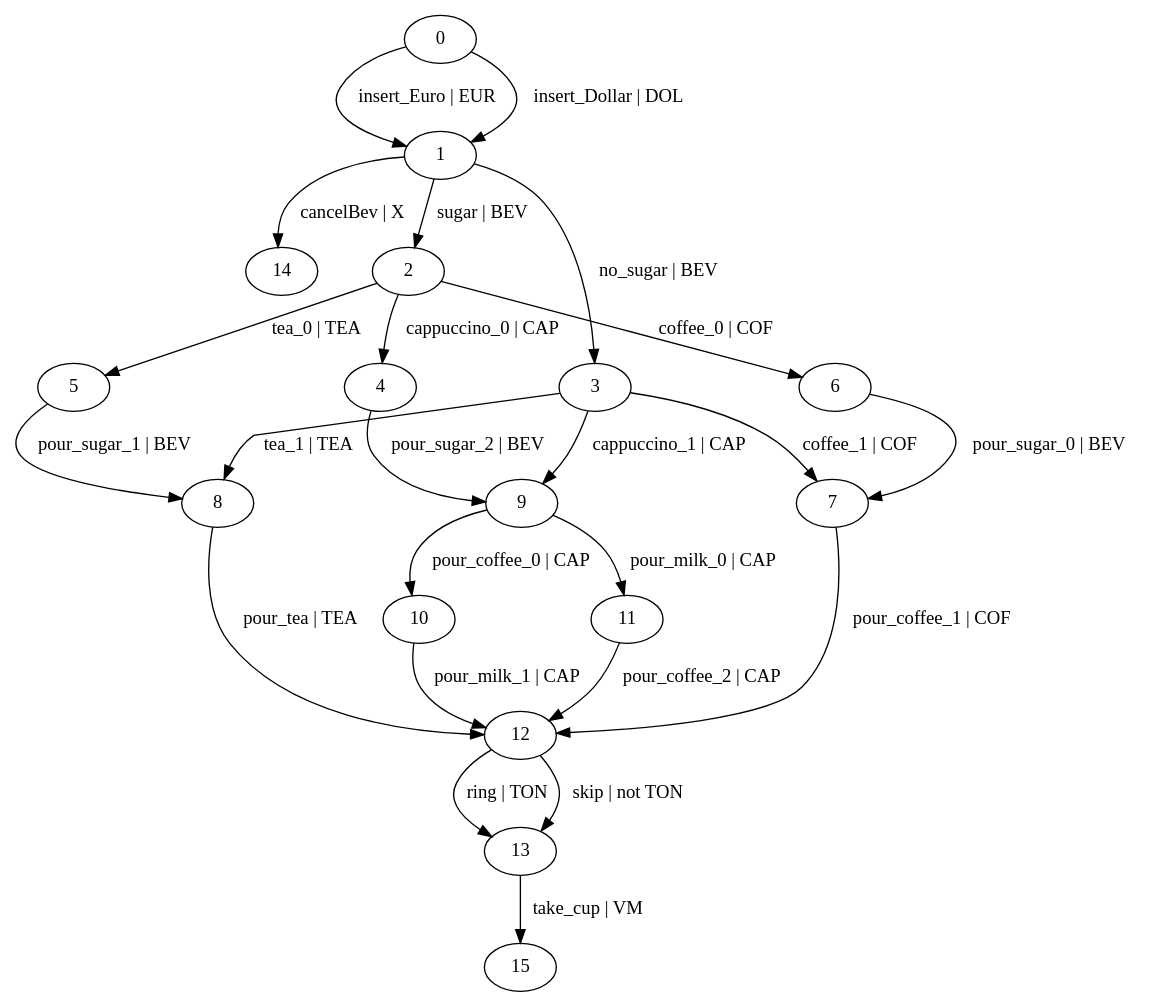
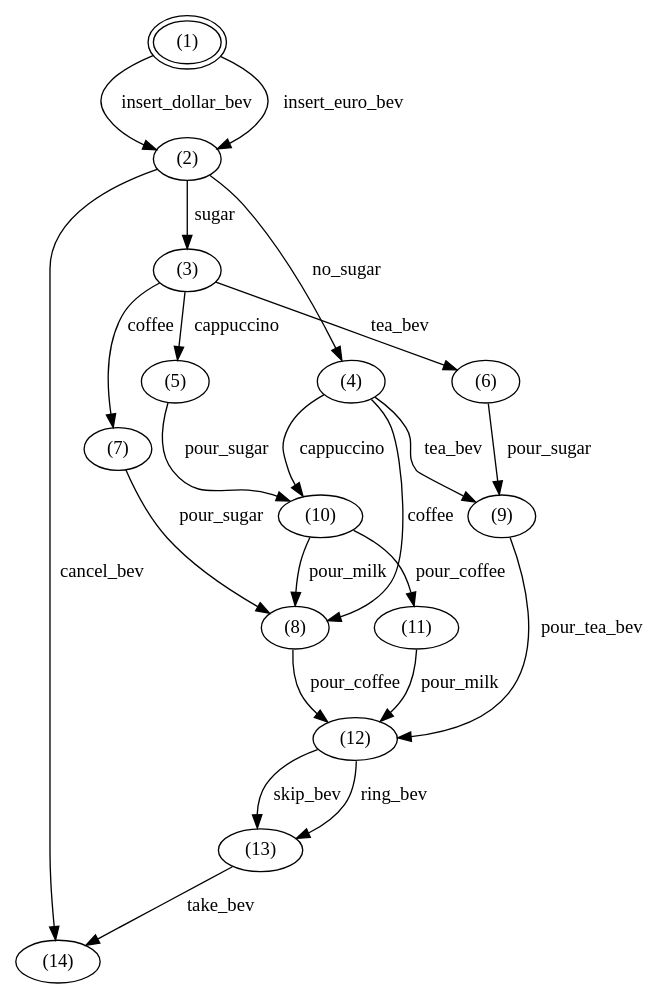
One commit to sfortz/BehavioralFeatureModel changed the diagram in src/main/resources/fts/vm/coffee.dot. Above: the diagram before and after it, drawn with Graphviz. The commit also changed 11 other files, not shown here.

```diff
--- a/src/main/resources/fts/vm/coffee.dot
+++ b/src/main/resources/fts/vm/coffee.dot
@@ -1,27 +1,43 @@
-digraph COFFEE_MACHINE {
-  0 [initial=True];
-
-  0 -> 1 [ label = "insert_Euro | EUR" ];
-  0 -> 1 [ label = "insert_Dollar | DOL" ];
-  1 -> 14 [ label = "cancelBev | X" ];
-  1 -> 2 [ label = "sugar | BEV" ];
-  1 -> 3 [ label = "no_sugar | BEV" ];
-  2 -> 6 [ label = "coffee_0 | COF" ];
-  2 -> 5 [ label = "tea_0 | TEA" ];
-  2 -> 4 [ label = "cappuccino_0 | CAP" ];
-  3 -> 9 [ label = "cappuccino_1 | CAP" ];
-  3 -> 8 [ label = "tea_1 | TEA" ];
-  3 -> 7 [ label = "coffee_1 | COF" ];
-  6 -> 7 [ label = "pour_sugar_0 | BEV" ];
-  5 -> 8 [ label = "pour_sugar_1 | BEV" ];
-  4 -> 9 [ label = "pour_sugar_2 | BEV" ];
-  9 -> 11 [ label = "pour_milk_0 | CAP" ];
-  9 -> 10 [ label = "pour_coffee_0 | CAP" ];
-  8 -> 12 [ label = "pour_tea | TEA" ];
-  7 -> 12 [ label = "pour_coffee_1 | COF" ];
-  11 -> 12 [ label = "pour_coffee_2 | CAP" ];
-  10 -> 12 [ label = "pour_milk_1 | CAP" ];
-  12 -> 13 [ label = "ring | TON" ];
-  12 -> 13 [ label = "skip | not TON" ];
-  13 -> 15 [ label = "take_cup | VM" ];
+digraph G {
+center = TRUE;
+mclimit = 10.0;
+nodesep = 0.05;
+node [ width=0.25, height=0.25, label="" ];
+s0 [ peripheries=2 ];
+s0 [label="(1)"];
+s1 [label="(2)"];
+s2 [label="(4)"];
+s3 [label="(3)"];
+s4 [label="(14)"];
+s5 [label="(8)"];
+s6 [label="(9)"];
+s7 [label="(10)"];
+s8 [label="(7)"];
+s9 [label="(6)"];
+s10 [label="(5)"];
+s11 [label="(12)"];
+s12 [label="(11)"];
+s13 [label="(13)"];
+s0->s1[label="insert_dollar_bev"];
+s0->s1[label="insert_euro_bev"];
+s1->s2[label="no_sugar"];
+s1->s3[label="sugar"];
+s1->s4[label="cancel_bev"];
+s2->s5[label="coffee"];
+s2->s6[label="tea_bev"];
+s2->s7[label="cappuccino"];
+s3->s8[label="coffee"];
+s3->s9[label="tea_bev"];
+s3->s10[label="cappuccino"];
+s5->s11[label="pour_coffee"];
+s6->s11[label="pour_tea_bev"];
+s7->s12[label="pour_coffee"];
+s7->s5[label="pour_milk"];
+s8->s5[label="pour_sugar"];
+s9->s6[label="pour_sugar"];
+s10->s7[label="pour_sugar"];
+s11->s13[label="skip_bev"];
+s11->s13[label="ring_bev"];
+s12->s11[label="pour_milk"];
+s13->s4[label="take_bev"];
 }
```
